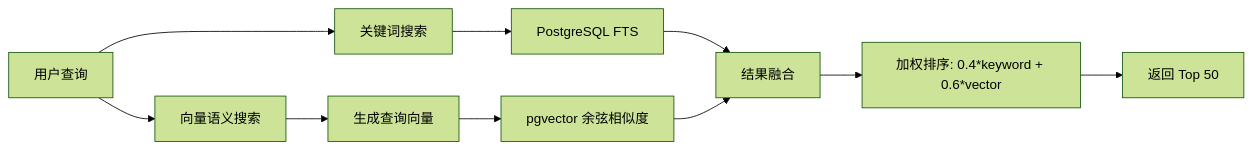
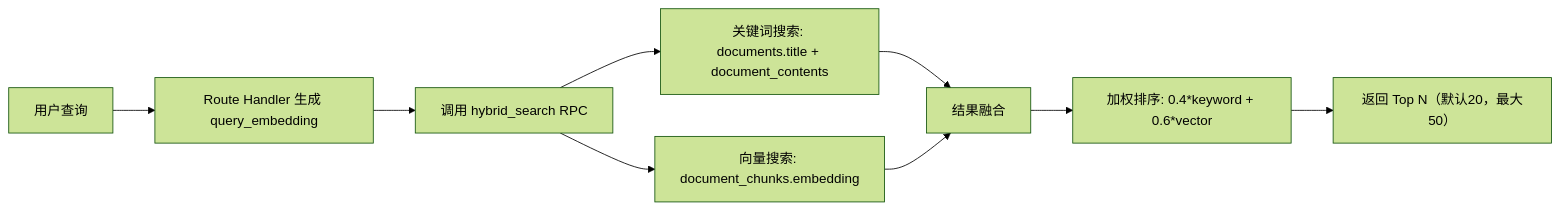
Before and after one commit to Jett191/noter: the ninth of 9 diagrams in .kiro/specs/noter-document-management/design.md, drawn with Mermaid (forest theme). The commit also changed other lines of this file, not shown here.

````diff
--- a/.kiro/specs/noter-document-management/design.md
+++ b/.kiro/specs/noter-document-management/design.md
@@ -835,12 +841,11 @@
 ```mermaid
 flowchart LR
-    A[用户查询] --> B[关键词搜索]
-    A --> C[向量语义搜索]
-    B --> D[PostgreSQL FTS]
-    C --> E[生成查询向量]
-    E --> F[pgvector 余弦相似度]
-    D --> G[结果融合]
-    F --> G
-    G --> H[加权排序: 0.4*keyword + 0.6*vector]
-    H --> I[返回 Top 50]
+    A[用户查询] --> B[Route Handler 生成 query_embedding]
+    B --> C[调用 hybrid_search RPC]
+    C --> D[关键词搜索: documents.title + document_contents]
+    C --> E[向量搜索: document_chunks.embedding]
+    D --> F[结果融合]
+    E --> F
+    F --> G[加权排序: 0.4*keyword + 0.6*vector]
+    G --> H[返回 Top N（默认20，最大50）]
 ```
````
